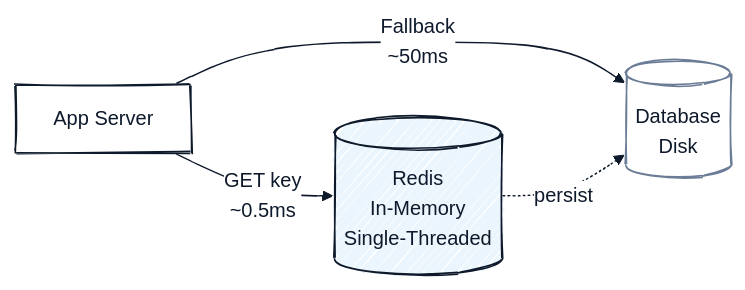
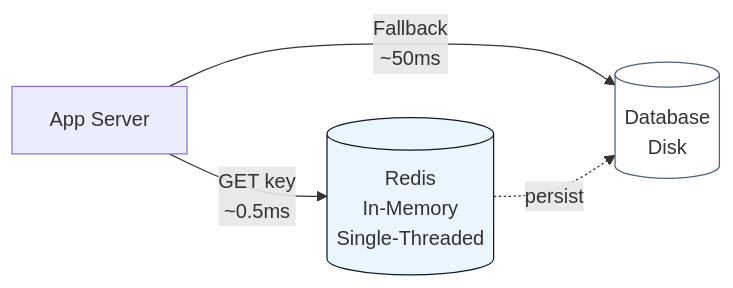
The first of 13 diagrams in LLD/CoreConcepts/Redis.md (cartmancodes/InterviewVault), drawn with Mermaid before and after one commit. The commit also changed other lines of this file and 679 other files, not shown here.

Commit message:
Unify content diagrams and add accessible visual walkthroughs

````diff
--- a/LLD/CoreConcepts/Redis.md
+++ b/LLD/CoreConcepts/Redis.md
@@ -35,27 +35,13 @@
 ```mermaid
----
-config:
-  look: handDrawn
-  handDrawnSeed: 7
-  theme: base
-  themeVariables:
-    primaryColor: "#FFFFFF"
-    primaryBorderColor: "#0E1A2B"
-    primaryTextColor: "#0E1A2B"
-    lineColor: "#0E1A2B"
-    clusterBkg: "#FFFFFF"
-    clusterBorder: "#6B7C96"
-    edgeLabelBackground: "#FFFFFF"
----
 graph LR
     APP[App Server]
     R[(Redis<br/>In-Memory<br/>Single-Threaded)]
     DB[(Database<br/>Disk)]
 
     APP -->|GET key<br/>~0.5ms| R
     APP -->|Fallback<br/>~50ms| DB
     R -.->|persist| DB
 
     style R fill:#EAF5FD,stroke:#0E1A2B
-    style DB fill:#FFFFFF,stroke:#6B7C96
+    style DB fill:#FFFFFF,stroke:#4F5F79
 ```
````
